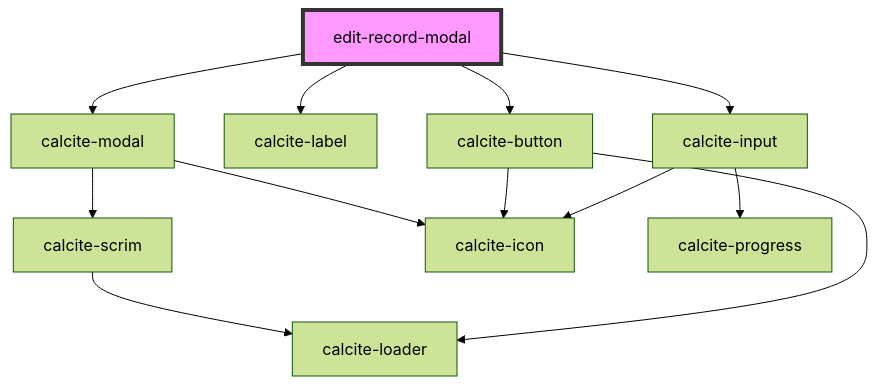
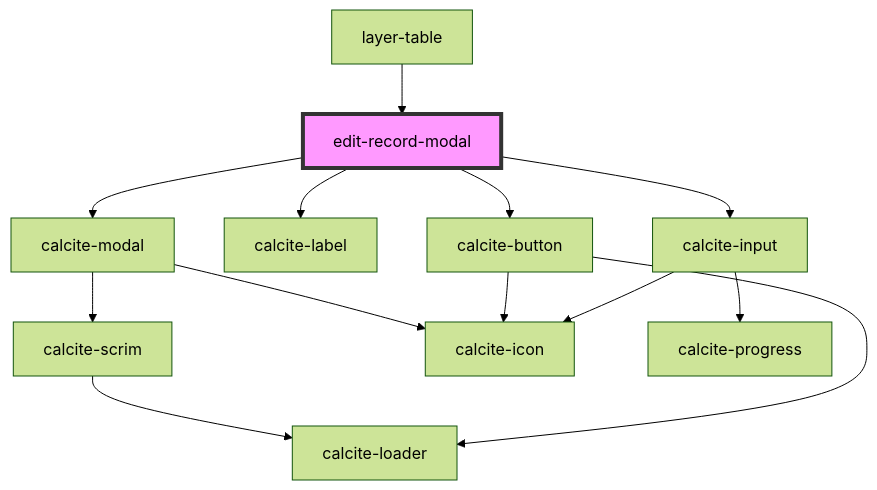
The diagram in src/components/edit-record-modal/readme.md (Esri/solutions-components), drawn with Mermaid (forest theme) before and after one commit. The commit also changed other lines of this file and 3 other files, not shown here.

Commit message:
layer table updates and pci update

````diff
--- a/src/components/edit-record-modal/readme.md
+++ b/src/components/edit-record-modal/readme.md
@@ -25,15 +29,16 @@
 ```mermaid
 graph TD;
   edit-record-modal --> calcite-modal
   edit-record-modal --> calcite-label
   edit-record-modal --> calcite-button
   edit-record-modal --> calcite-input
   calcite-modal --> calcite-scrim
   calcite-modal --> calcite-icon
   calcite-scrim --> calcite-loader
   calcite-button --> calcite-loader
   calcite-button --> calcite-icon
   calcite-input --> calcite-progress
   calcite-input --> calcite-icon
+  layer-table --> edit-record-modal
   style edit-record-modal fill:#f9f,stroke:#333,stroke-width:4px
 ```
````
